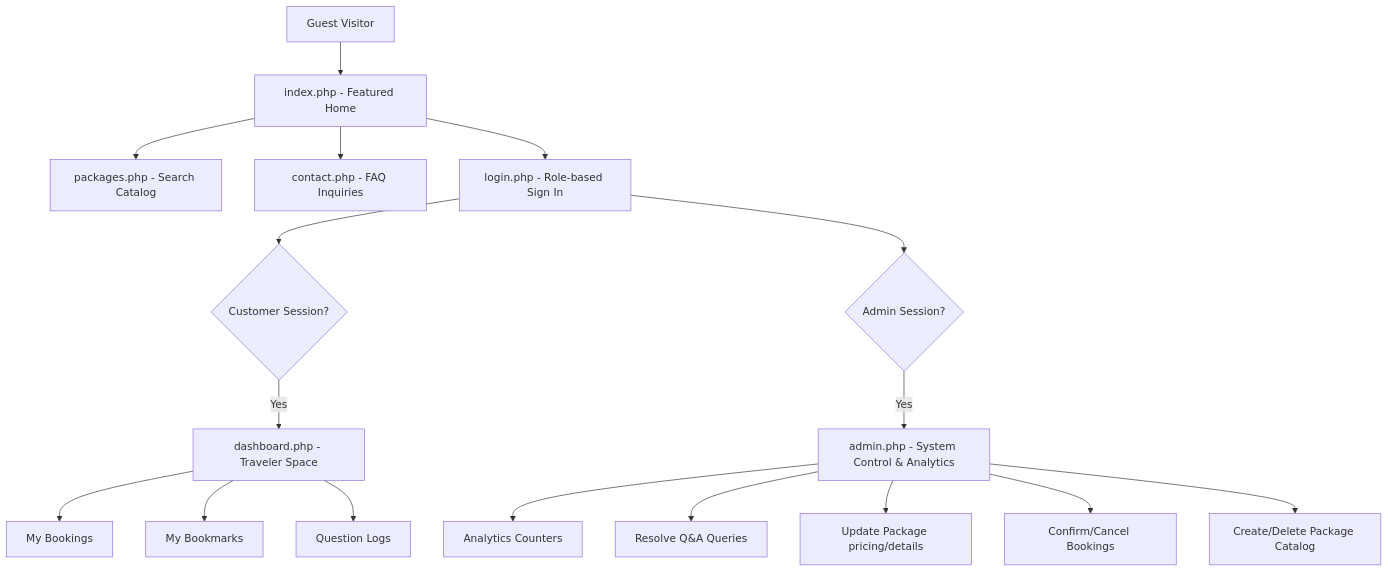
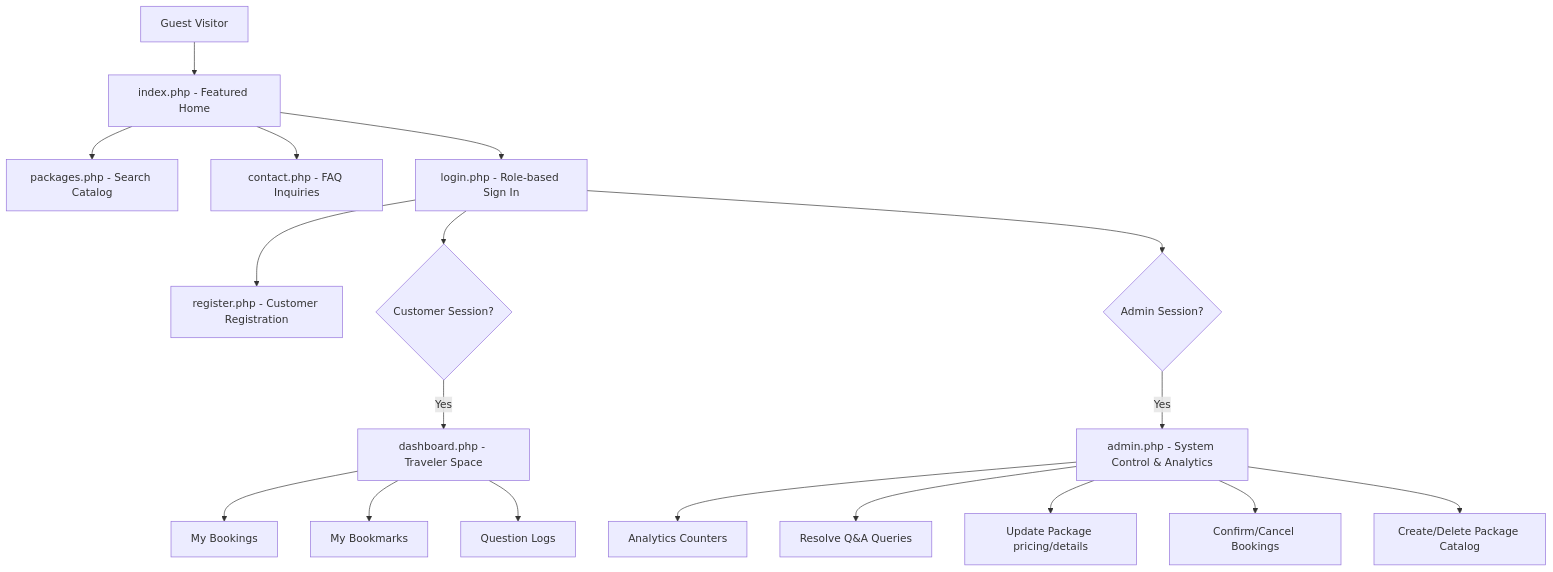
The first of 5 diagrams in README.md (Fathima-Asna/ICBT-WEB-Development), drawn with Mermaid before and after one commit. The commit also changed other lines of this file and 20 other files, not shown here.

````diff
--- a/README.md
+++ b/README.md
@@ -11,26 +11,27 @@
 ```mermaid
 graph TD
     %% Main pages
     Guest[Guest Visitor] --> Home[index.php - Featured Home]
     Home --> Packages[packages.php - Search Catalog]
     Home --> Contact[contact.php - FAQ Inquiries]
     Home --> Login[login.php - Role-based Sign In]
+    Login --> Register[register.php - Customer Registration]
 
     %% User Roles routing
     Login --> AuthCustomer{Customer Session?}
     Login --> AuthAdmin{Admin Session?}
 
     AuthCustomer -- Yes --> Dashboard[dashboard.php - Traveler Space]
     AuthAdmin -- Yes --> AdminSpace[admin.php - System Control & Analytics]
 
     %% Dashboards actions
     Dashboard --> Bookings[My Bookings]
     Dashboard --> Bookmarks[My Bookmarks]
     Dashboard --> MyQuestions[Question Logs]
 
     AdminSpace --> StatWidgets[Analytics Counters]
     AdminSpace --> ReplyQueries[Resolve Q&A Queries]
     AdminSpace --> EditPackages[Update Package pricing/details]
     AdminSpace --> BookingStatus[Confirm/Cancel Bookings]
     AdminSpace --> PackageManage[Create/Delete Package Catalog]
 ```
````
